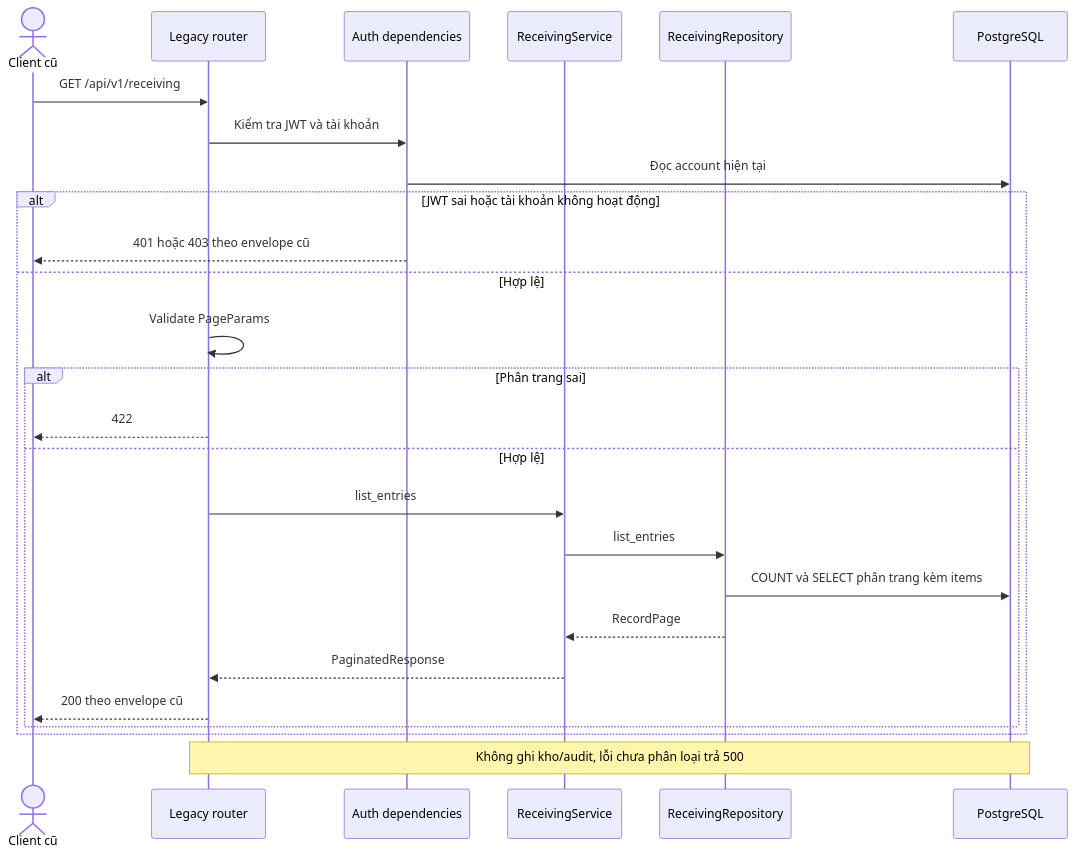
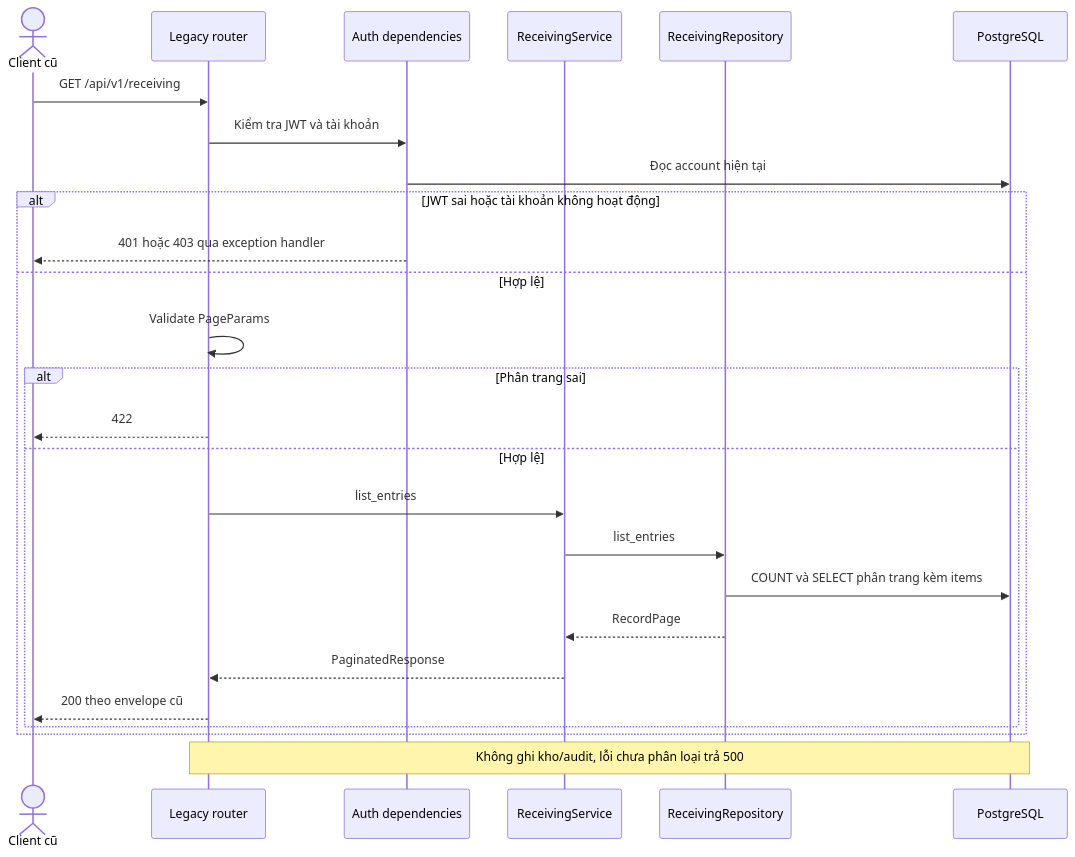
One commit to thanhklt/xbike-mrp-system changed the seventh of 9 diagrams in docs/sequence/phieu_nhap.md. Above: the diagram before and after it, drawn with Mermaid. The commit also changed other lines of this file and 28 other files, not shown here.

````diff
--- a/docs/sequence/phieu_nhap.md
+++ b/docs/sequence/phieu_nhap.md
@@ -390,28 +406,28 @@
 ```mermaid
 sequenceDiagram
     actor C as Client cũ
     participant R as Legacy router
     participant D as Auth dependencies
     participant S as ReceivingService
     participant P as ReceivingRepository
     participant DB as PostgreSQL
     C->>R: GET /api/v1/receiving
     R->>D: Kiểm tra JWT và tài khoản
     D->>DB: Đọc account hiện tại
     alt JWT sai hoặc tài khoản không hoạt động
-        D-->>C: 401 hoặc 403 theo envelope cũ
+        D-->>C: 401 hoặc 403 qua exception handler
     else Hợp lệ
         R->>R: Validate PageParams
         alt Phân trang sai
             R-->>C: 422
         else Hợp lệ
             R->>S: list_entries
             S->>P: list_entries
             P->>DB: COUNT và SELECT phân trang kèm items
             P-->>S: RecordPage
             S-->>R: PaginatedResponse
             R-->>C: 200 theo envelope cũ
         end
     end
     Note over R,DB: Không ghi kho/audit, lỗi chưa phân loại trả 500
 ```
````
